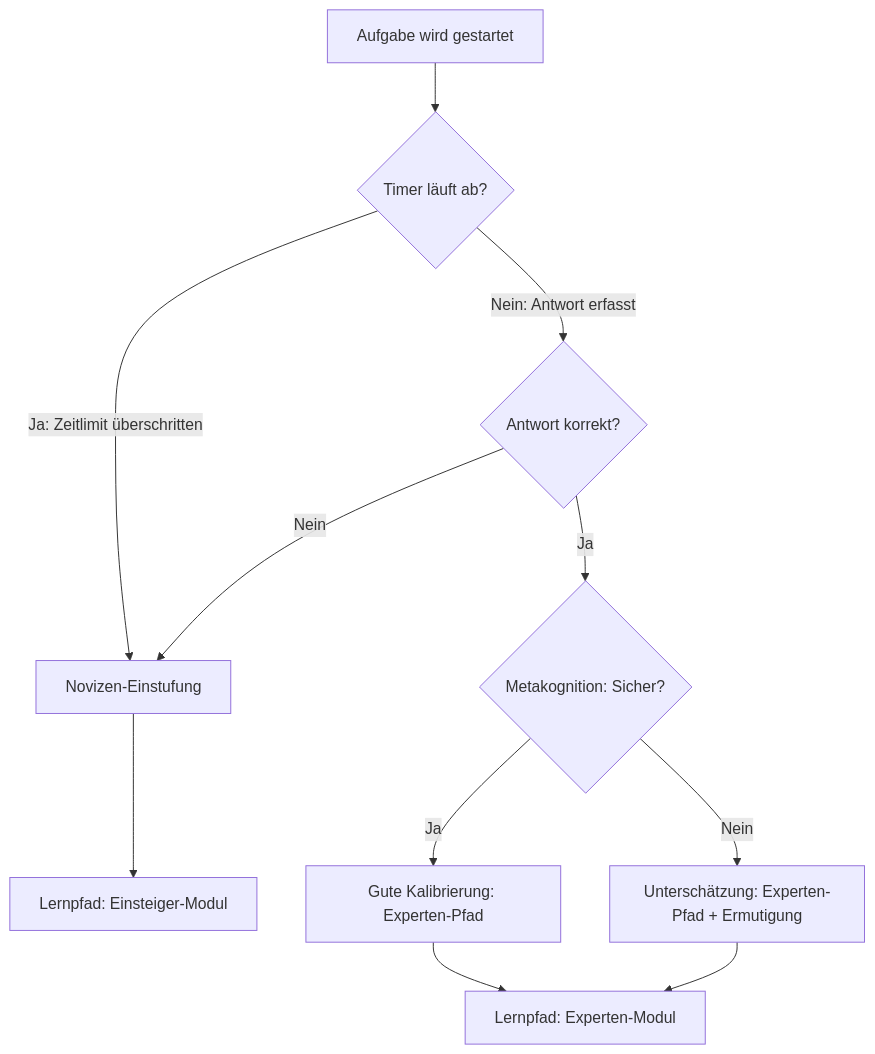
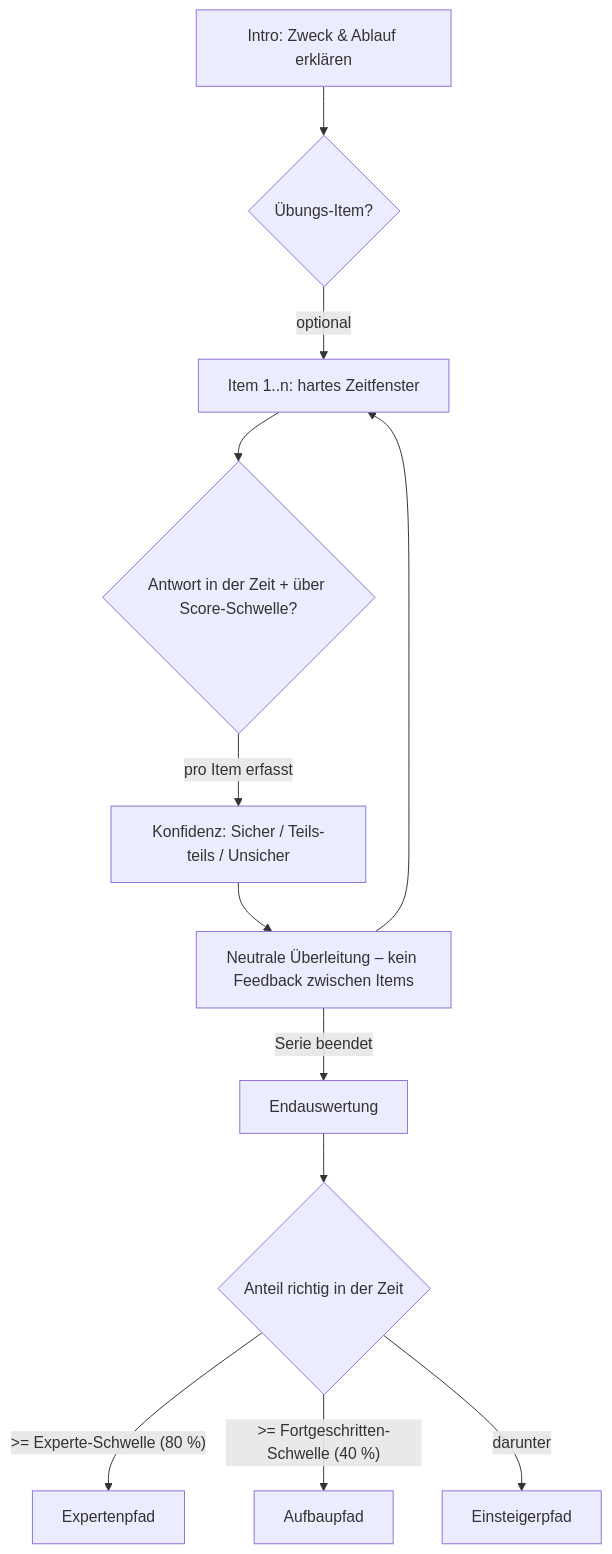
One commit to netteacher/h5p-rapid-timer changed the diagram in ANLEITUNG.md. Above: the diagram before and after it, drawn with Mermaid. The commit also changed other lines of this file and 9 other files, not shown here.

First line of the commit message:
H5P.RapidTimer v2.0: Rapid-Assessment-Serie

````diff
--- a/ANLEITUNG.md
+++ b/ANLEITUNG.md
@@ -12,13 +12,14 @@
 ```mermaid
 graph TD
-    A[Aufgabe wird gestartet] --> B{Timer läuft ab?}
-    B -- Ja: Zeitlimit überschritten --> C[Novizen-Einstufung]
-    B -- Nein: Antwort erfasst --> D{Antwort korrekt?}
-    D -- Nein --> C
-    D -- Ja --> E{Metakognition: Sicher?}
-    E -- Ja --> F[Gute Kalibrierung: Experten-Pfad]
-    E -- Nein --> G[Unterschätzung: Experten-Pfad + Ermutigung]
-    C --> H[Lernpfad: Einsteiger-Modul]
-    F --> I[Lernpfad: Experten-Modul]
-    G --> I
+    A[Intro: Zweck & Ablauf erklären] --> P{Übungs-Item?}
+    P -- optional --> B[Item 1..n: hartes Zeitfenster]
+    B --> C{Antwort in der Zeit + über Score-Schwelle?}
+    C -- pro Item erfasst --> D[Konfidenz: Sicher / Teils-teils / Unsicher]
+    D --> E[Neutrale Überleitung – kein Feedback zwischen Items]
+    E --> B
+    E -- Serie beendet --> F[Endauswertung]
+    F --> G{Anteil richtig in der Zeit}
+    G -- ">= Experte-Schwelle (80 %)" --> H[Expertenpfad]
+    G -- ">= Fortgeschritten-Schwelle (40 %)" --> I[Aufbaupfad]
+    G -- darunter --> J[Einsteigerpfad]
 ```
````
